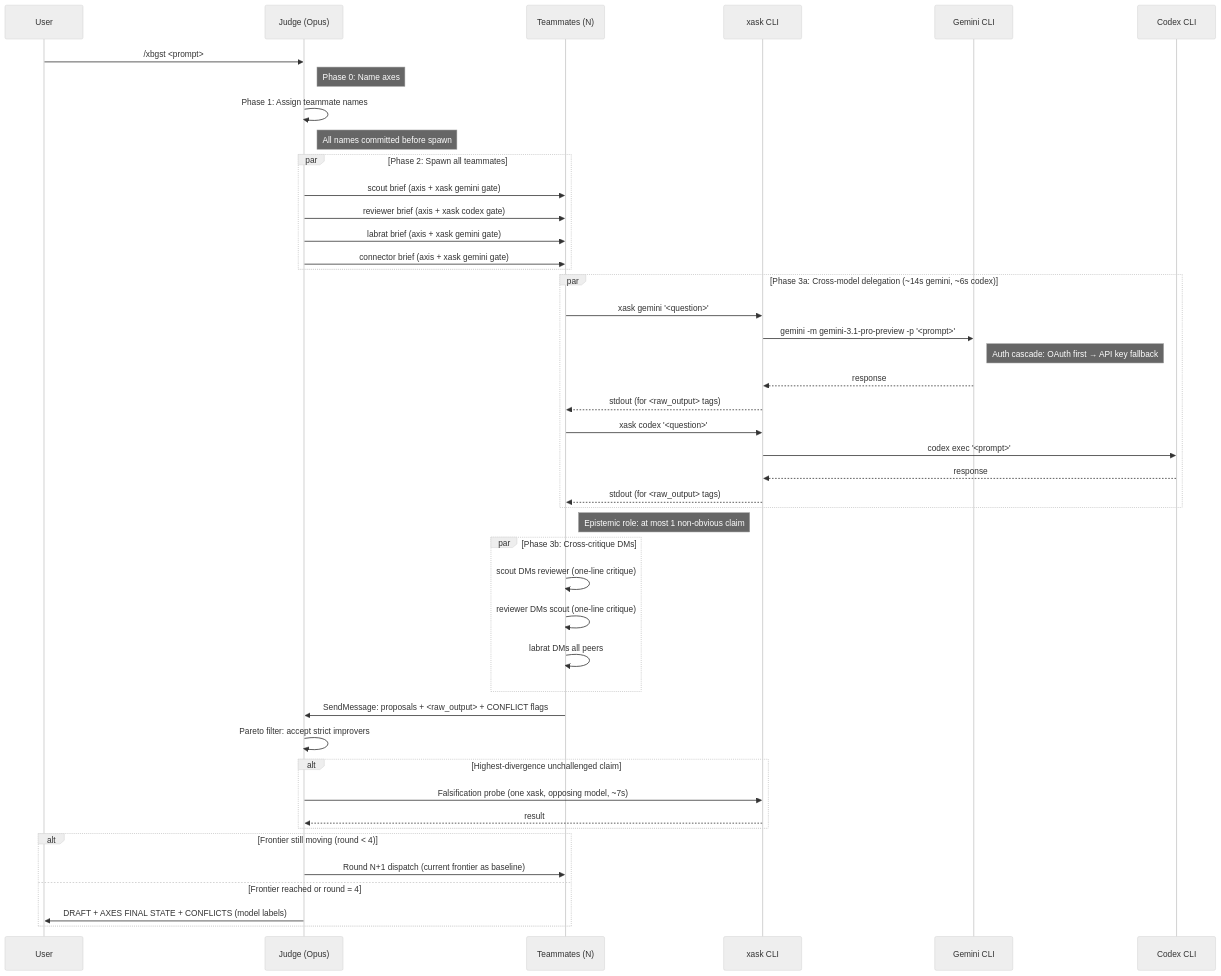
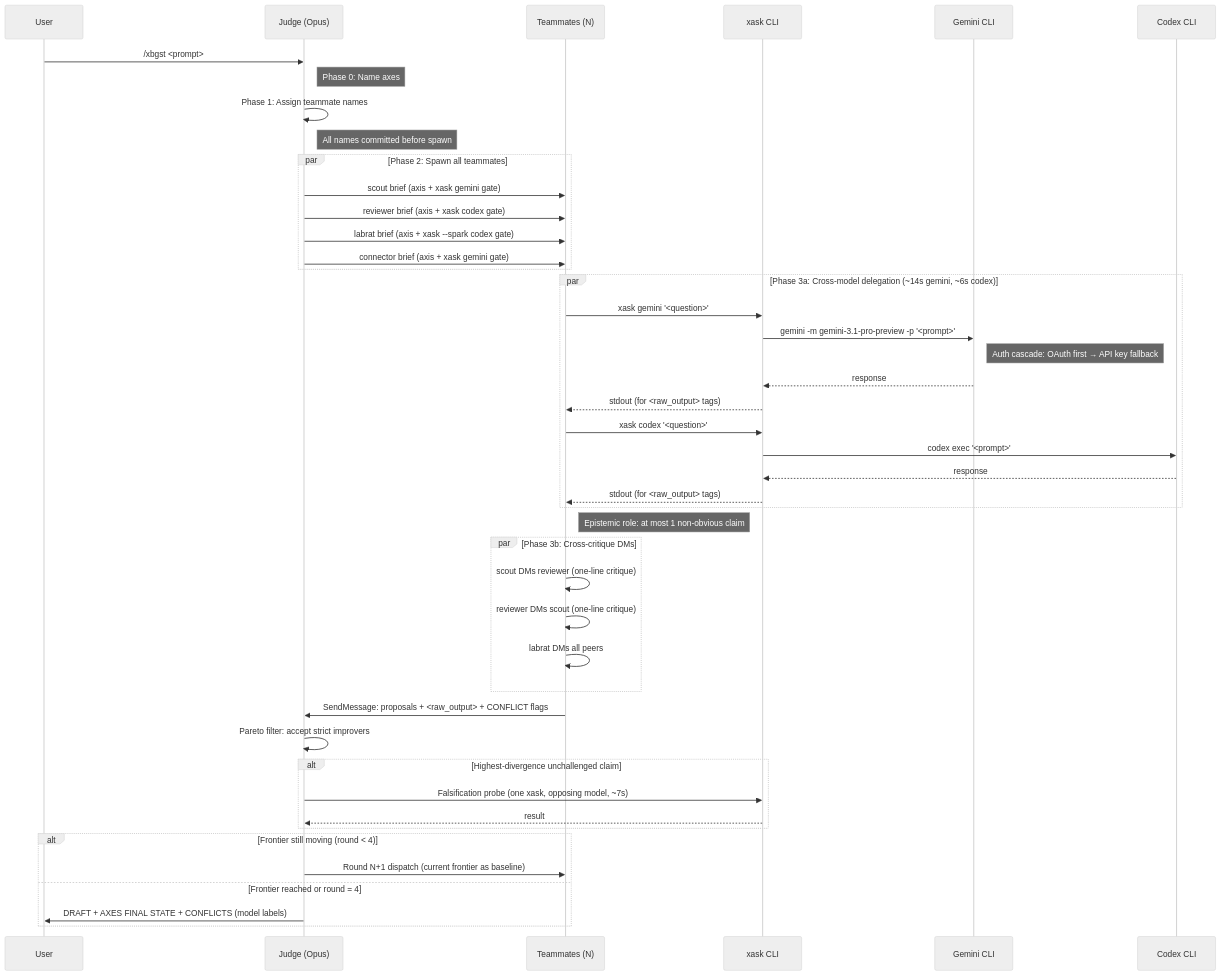
One commit to VeigaPunk/xbrd-gdsp-fknpft changed the tenth of 11 diagrams in docs/command-flows.md. Above: the diagram before and after it, drawn with Mermaid (neutral theme). The commit also changed other lines of this file and 2 other files, not shown here.

````diff
--- a/docs/command-flows.md
+++ b/docs/command-flows.md
@@ -269,57 +269,57 @@
 ```mermaid
 sequenceDiagram
     participant U as User
     participant J as Judge (Opus)
     participant T as Teammates (N)
     participant X as xask CLI
     participant G as Gemini CLI
     participant C as Codex CLI
 
     U->>J: /xbgst <prompt>
     Note right of J: Phase 0: Name axes
 
     J->>J: Phase 1: Assign teammate names
     Note right of J: All names committed before spawn
 
     par Phase 2: Spawn all teammates
         J->>T: scout brief (axis + xask gemini gate)
         J->>T: reviewer brief (axis + xask codex gate)
-        J->>T: labrat brief (axis + xask gemini gate)
+        J->>T: labrat brief (axis + xask --spark codex gate)
         J->>T: connector brief (axis + xask gemini gate)
     end
 
     par Phase 3a: Cross-model delegation (~14s gemini, ~6s codex)
         T->>X: xask gemini '<question>'
         X->>G: gemini -m gemini-3.1-pro-preview -p '<prompt>'
         Note right of G: Auth cascade: OAuth first → API key fallback
         G-->>X: response
         X-->>T: stdout (for <raw_output> tags)
         T->>X: xask codex '<question>'
         X->>C: codex exec '<prompt>'
         C-->>X: response
         X-->>T: stdout (for <raw_output> tags)
     end
 
     Note right of T: Epistemic role: at most 1 non-obvious claim
 
     par Phase 3b: Cross-critique DMs
         T->>T: scout DMs reviewer (one-line critique)
         T->>T: reviewer DMs scout (one-line critique)
         T->>T: labrat DMs all peers
     end
 
     T->>J: SendMessage: proposals + <raw_output> + CONFLICT flags
 
     J->>J: Pareto filter: accept strict improvers
 
     alt Highest-divergence unchallenged claim
         J->>X: Falsification probe (one xask, opposing model, ~7s)
         X-->>J: result
     end
 
     alt Frontier still moving (round < 4)
         J->>T: Round N+1 dispatch (current frontier as baseline)
     else Frontier reached or round = 4
         J->>U: DRAFT + AXES FINAL STATE + CONFLICTS (model labels)
     end
 ```
````
